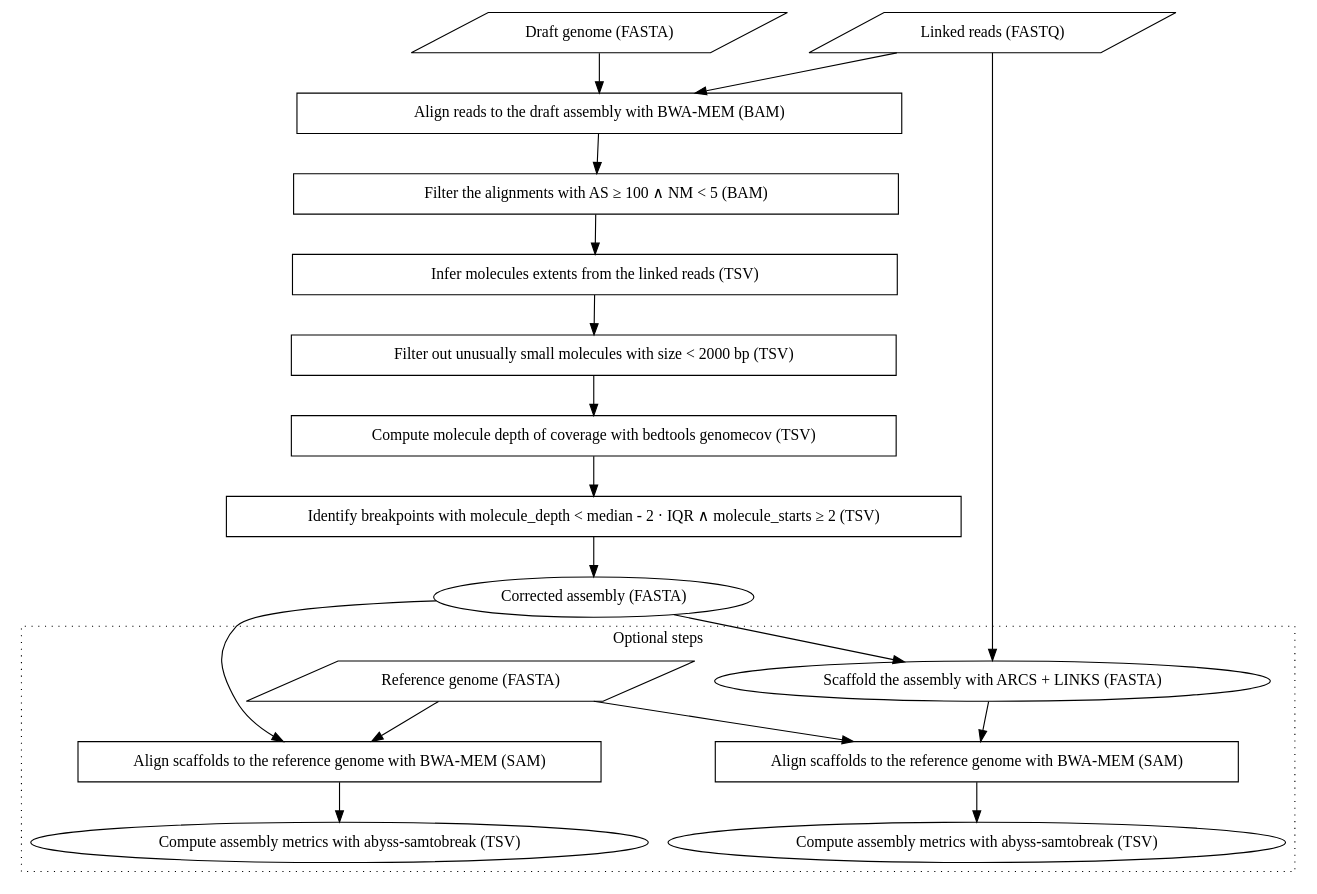
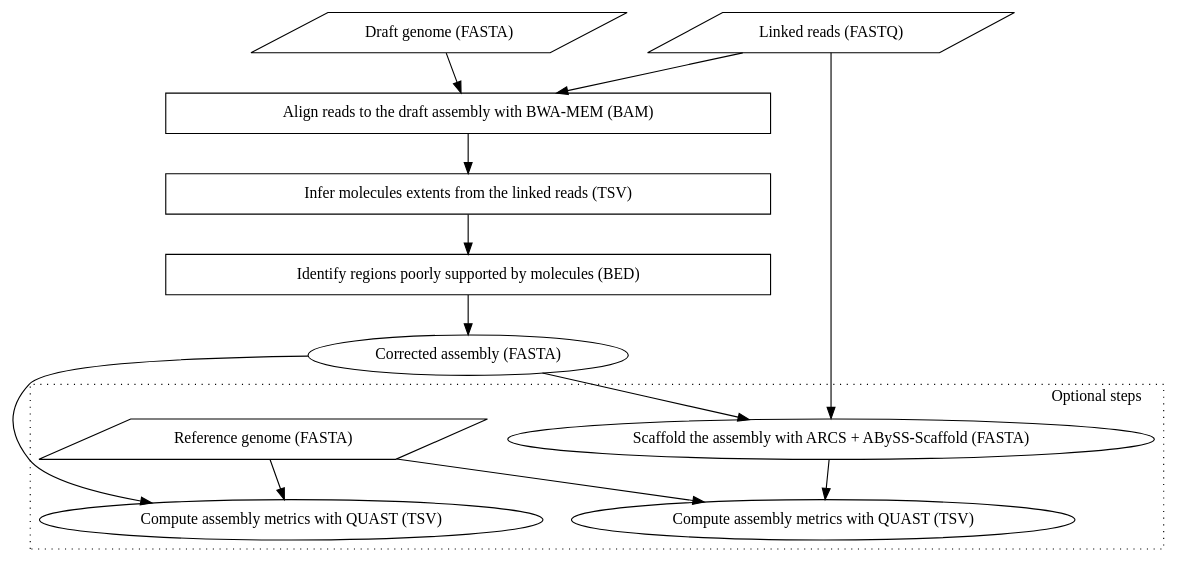
The diagram in pipeline.gv (bcgsc/tigmint), drawn with Graphviz before and after one commit.

Commit message:
Revise pipeline.gv

```diff
--- a/pipeline.gv
+++ b/pipeline.gv
@@ -1,52 +1,42 @@
 digraph {
 	node [shape="rectangle"]
 
 	reads [label="Linked reads (FASTQ)", shape="parallelogram"]
 	draft [label="Draft genome (FASTA)", shape="parallelogram"]
 
 	subgraph {
 		node [width=7.5]
 
 		map [label="Align reads to the draft assembly with BWA-MEM (BAM)"]
-		filter_reads [label="Filter the alignments with AS ≥ 100 &and; NM < 5 (BAM)"]
 		molecules [label="Infer molecules extents from the linked reads (TSV)"]
-		filter_molecules [label="Filter out unusually small molecules with size < 2000 bp (TSV)"]
-		depth [label="Compute molecule depth of coverage with bedtools genomecov (TSV)"]
-		breakpoints [label="Identify breakpoints with molecule_depth < median - 2 &middot; IQR &and; molecule_starts ≥ 2 (TSV)"]
+		breakpoints [label="Identify regions poorly supported by molecules (BED)"]
 	}
 
 	tigs [label="Corrected assembly (FASTA)", shape="ellipse"]
 
 	subgraph cluster_optional {
-		graph [label="Optional steps", style=dotted]
+		graph [label="Optional steps", labeljust="r", style=dotted]
 
 		reference [label="Reference genome (FASTA)", shape="parallelogram"]
 
-		tigs_align [label="Align scaffolds to the reference genome with BWA-MEM (SAM)"]
-		tigs_metrics [label="Compute assembly metrics with abyss-samtobreak (TSV)", shape="ellipse"]
+		tigs_metrics [label="Compute assembly metrics with QUAST (TSV)", shape="ellipse"]
 
-		scaffold [label="Scaffold the assembly with ARCS + LINKS (FASTA)", shape="ellipse"]
-		scaffold_align [label="Align scaffolds to the reference genome with BWA-MEM (SAM)"]
-		scaffold_metrics [label="Compute assembly metrics with abyss-samtobreak (TSV)", shape="ellipse"]
+		scaffold [label="Scaffold the assembly with ARCS + ABySS-Scaffold (FASTA)", shape="ellipse"]
+		scaffold_metrics [label="Compute assembly metrics with QUAST (TSV)", shape="ellipse"]
 	}
 
 	reads -> map
 	draft -> map
-	map -> filter_reads
-	filter_reads -> molecules
-	molecules -> filter_molecules
-	filter_molecules -> depth
-	depth -> breakpoints
+	map -> molecules
+	molecules -> breakpoints
 	breakpoints -> tigs
 
-	reference -> tigs_align
-	tigs -> tigs_align
-	tigs_align -> tigs_metrics
+	reference -> tigs_metrics
+	tigs -> tigs_metrics
 
 	tigs -> scaffold
 	reads -> scaffold
 
-	reference -> scaffold_align
-	scaffold -> scaffold_align
-	scaffold_align -> scaffold_metrics
+	reference -> scaffold_metrics
+	scaffold -> scaffold_metrics
 }
```
